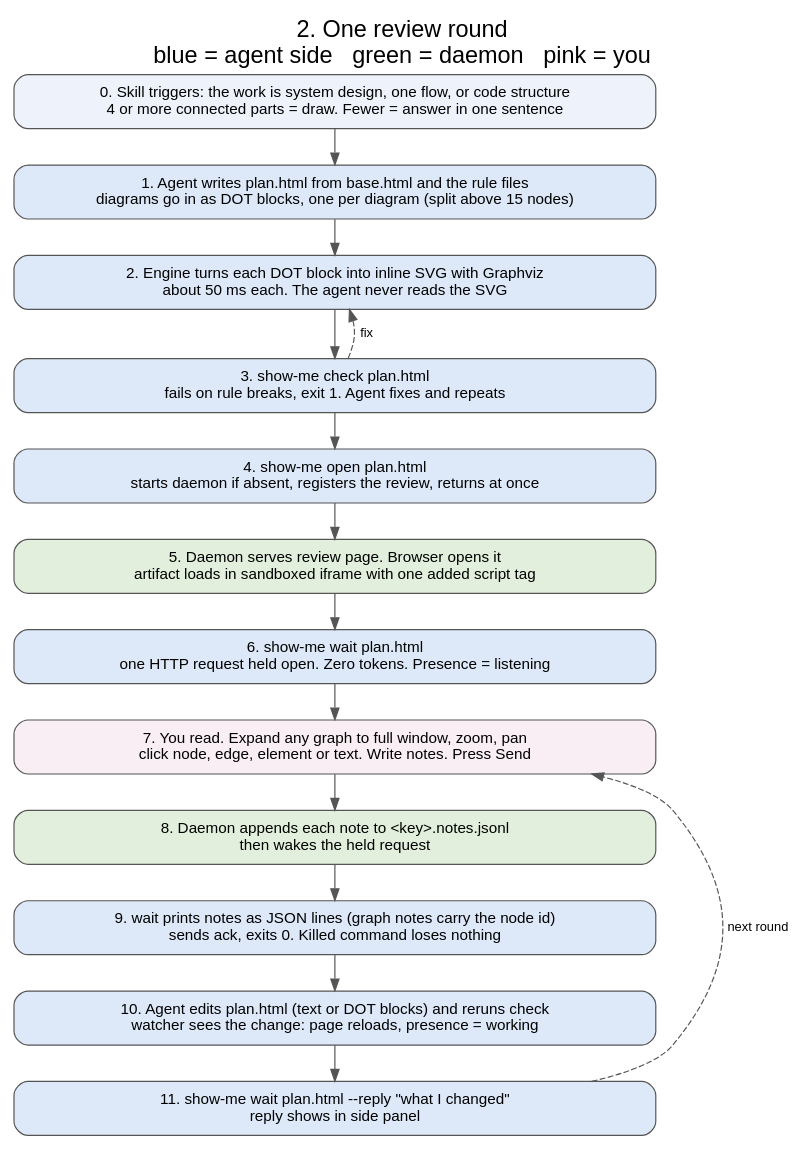
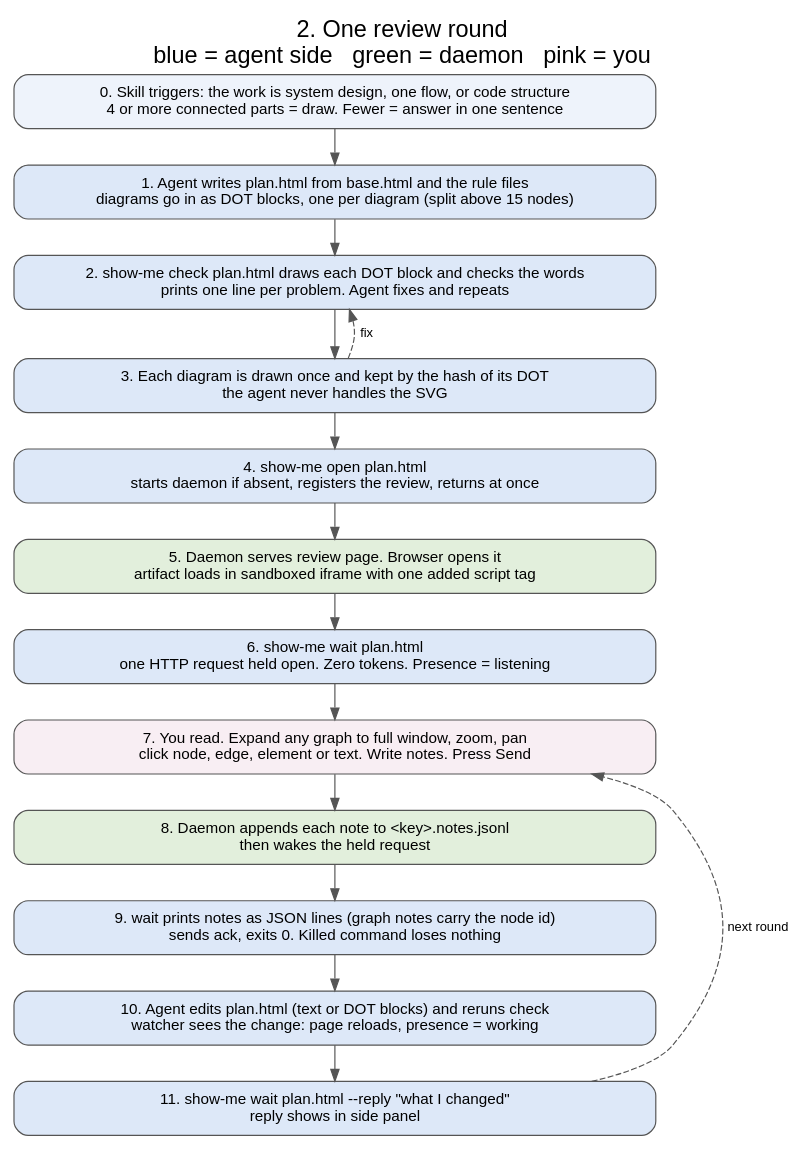
Before and after one commit to SmitMachhi/show-me: the diagram in design/2-round.dot, drawn with Graphviz. The commit also changed 2 other files, not shown here.

Commit message:
update design diagrams

```diff
--- a/design/2-round.dot
+++ b/design/2-round.dot
@@ -1,25 +1,25 @@
 // show-me: one review round, step by step
 digraph round {
   rankdir=TB; nodesep=0.4; ranksep=0.42;
   fontname="Arial"; fontsize=20; labelloc=t;
   label="2. One review round\nblue = agent side   green = daemon   pink = you";
   node [shape=box, style="rounded,filled", fontname="Arial", fontsize=13, margin="0.25,0.12", color="#555555", width=7.6];
   edge [color="#555555", fontname="Arial", fontsize=11];
 
   s0 [fillcolor="#eef3fb", label="0. Skill triggers: the work is system design, one flow, or code structure\n4 or more connected parts = draw. Fewer = answer in one sentence"];
   s1 [fillcolor="#dde8f8", label="1. Agent writes plan.html from base.html and the rule files\ndiagrams go in as DOT blocks, one per diagram (split above 15 nodes)"];
-  s2 [fillcolor="#dde8f8", label="2. Engine turns each DOT block into inline SVG with Graphviz\nabout 50 ms each. The agent never reads the SVG"];
-  s3 [fillcolor="#dde8f8", label="3. show-me check plan.html\nfails on rule breaks, exit 1. Agent fixes and repeats"];
+  s2 [fillcolor="#dde8f8", label="2. show-me check plan.html draws each DOT block and checks the words\nprints one line per problem. Agent fixes and repeats"];
+  s3 [fillcolor="#dde8f8", label="3. Each diagram is drawn once and kept by the hash of its DOT\nthe agent never handles the SVG"];
   s4 [fillcolor="#dde8f8", label="4. show-me open plan.html\nstarts daemon if absent, registers the review, returns at once"];
   s5 [fillcolor="#e2efdc", label="5. Daemon serves review page. Browser opens it\nartifact loads in sandboxed iframe with one added script tag"];
   s6 [fillcolor="#dde8f8", label="6. show-me wait plan.html\none HTTP request held open. Zero tokens. Presence = listening"];
   s7 [fillcolor="#f8eef3", label="7. You read. Expand any graph to full window, zoom, pan\nclick node, edge, element or text. Write notes. Press Send"];
   s8 [fillcolor="#e2efdc", label="8. Daemon appends each note to <key>.notes.jsonl\nthen wakes the held request"];
   s9 [fillcolor="#dde8f8", label="9. wait prints notes as JSON lines (graph notes carry the node id)\nsends ack, exits 0. Killed command loses nothing"];
   s10[fillcolor="#dde8f8", label="10. Agent edits plan.html (text or DOT blocks) and reruns check\nwatcher sees the change: page reloads, presence = working"];
   s11[fillcolor="#dde8f8", label="11. show-me wait plan.html --reply \"what I changed\"\nreply shows in side panel"];
 
   s0 -> s1 -> s2 -> s3 -> s4 -> s5 -> s6 -> s7 -> s8 -> s9 -> s10 -> s11;
   s11 -> s7 [label="  next round", style=dashed, constraint=false];
   s3 -> s2  [label="  fix", style=dashed, constraint=false];
 }
```
